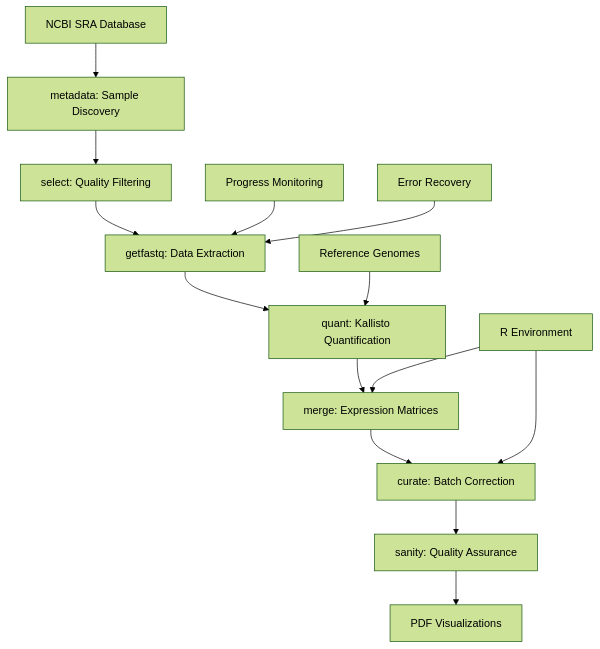
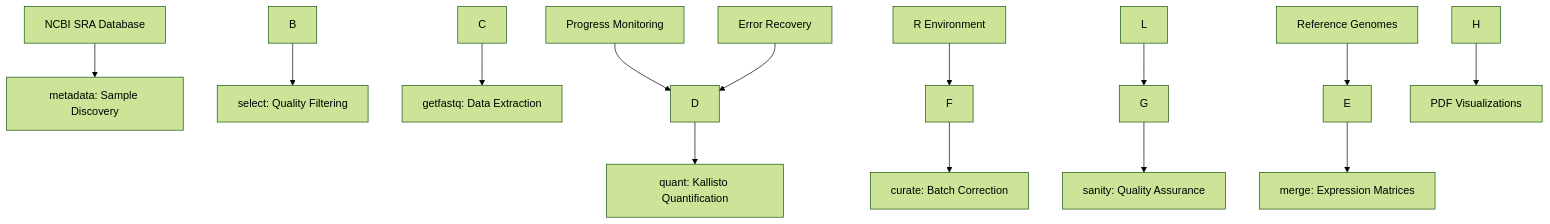
One commit to docxology/MetaInformAnt changed the diagram in docs/rna/amalgkit/amalgkit.md. Above: the diagram before and after it, drawn with Mermaid (forest theme). The commit also changed 611 other files, not shown here.

````diff
--- a/docs/rna/amalgkit/amalgkit.md
+++ b/docs/rna/amalgkit/amalgkit.md
@@ -19,17 +19,17 @@
 ```mermaid
 flowchart TD
-    A[NCBI SRA Database] --> B[metadata: Sample Discovery]
-    B --> C[select: Quality Filtering]
-    C --> D[getfastq: Data Extraction]
-    D --> E[quant: Kallisto Quantification]
-    E --> F[merge: Expression Matrices]
-    F --> G[curate: Batch Correction]
-    G --> H[sanity: Quality Assurance]
-    H --> I[PDF Visualizations]
+    AncbiSraDatabase[NCBI SRA Database] --> Bmetadata:SampleDiscovery[metadata: Sample Discovery]
+    B --> Cselect:QualityFiltering[select: Quality Filtering]
+    C --> Dgetfastq:DataExtraction[getfastq: Data Extraction]
+    D --> Equant:KallistoQuantification[quant: Kallisto Quantification]
+    E --> Fmerge:ExpressionMatrices[merge: Expression Matrices]
+    F --> Gcurate:BatchCorrection[curate: Batch Correction]
+    G --> Hsanity:QualityAssurance[sanity: Quality Assurance]
+    H --> IpdfVisualizations[PDF Visualizations]
     
-    J[Progress Monitoring] --> D
-    K[Error Recovery] --> D
-    L[R Environment] --> F
+    JprogressMonitoring[Progress Monitoring] --> D
+    KerrorRecovery[Error Recovery] --> D
+    LrEnvironment[R Environment] --> F
     L --> G
-    M[Reference Genomes] --> E
+    MreferenceGenomes[Reference Genomes] --> E
 ```
````
